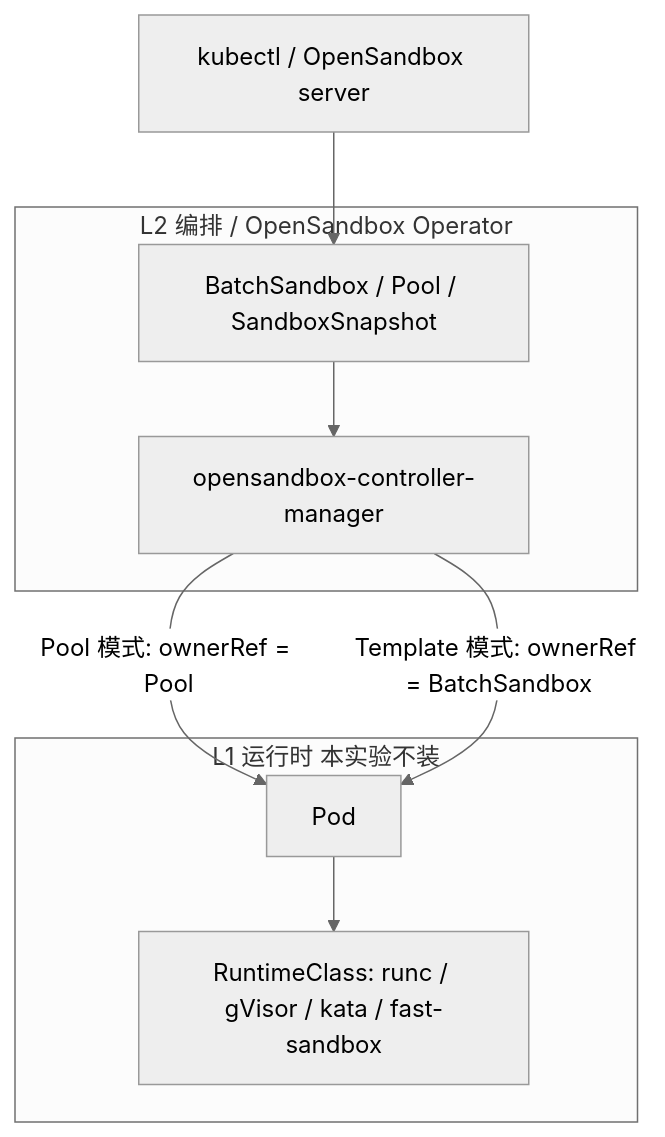
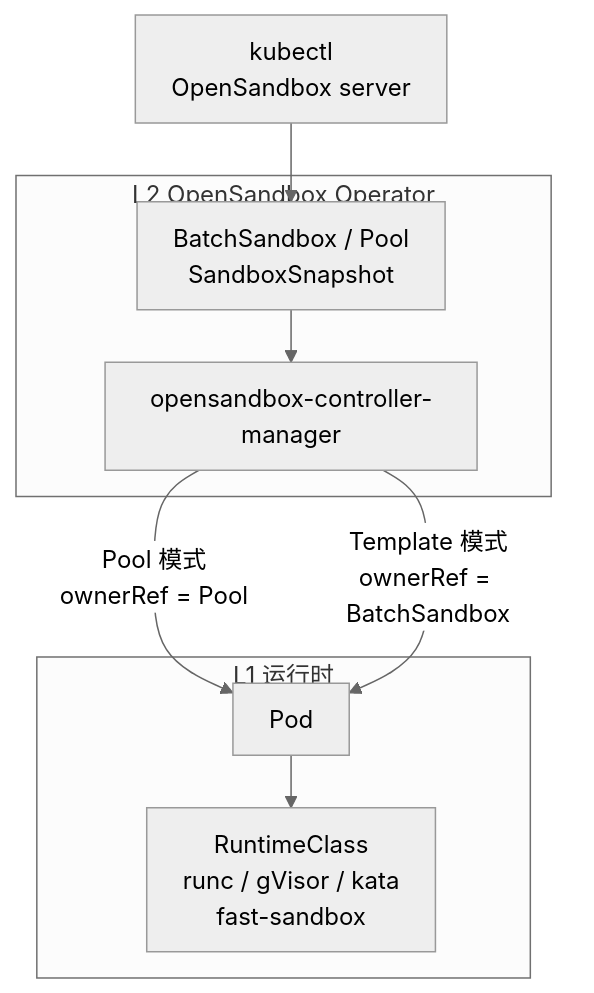
One commit to forrestIsRunning/kind-k8s-learning changed the first of 7 diagrams in docs/opensandbox-operator.md. Above: the diagram before and after it, drawn with Mermaid (neutral theme). The commit also changed other lines of this file and 2 other files, not shown here.

Commit message:
Stop mermaid diagrams from clipping labels and bottoms.

````diff
--- a/docs/opensandbox-operator.md
+++ b/docs/opensandbox-operator.md
@@ -33,18 +33,28 @@
 ```mermaid
+---
+config:
+  flowchart:
+    htmlLabels: true
+    wrappingWidth: 200
+    padding: 12
+    useMaxWidth: false
+    rankSpacing: 35
+    nodeSpacing: 20
+---
 flowchart TB
-  subgraph L2["L2 编排 / OpenSandbox Operator"]
-    CR["BatchSandbox / Pool / SandboxSnapshot"]
+  subgraph L2["L2 OpenSandbox Operator"]
+    CR["BatchSandbox / Pool<br/>SandboxSnapshot"]
     OP["opensandbox-controller-manager"]
     CR --> OP
   end
 
-  subgraph L1["L1 运行时 本实验不装"]
+  subgraph L1["L1 运行时"]
     POD["Pod"]
-    RC["RuntimeClass: runc / gVisor / kata / fast-sandbox"]
+    RC["RuntimeClass<br/>runc / gVisor / kata<br/>fast-sandbox"]
     POD --> RC
   end
 
-  OP -->|"Pool 模式: ownerRef = Pool"| POD
-  OP -->|"Template 模式: ownerRef = BatchSandbox"| POD
-  USER["kubectl / OpenSandbox server"] --> CR
+  OP -->|"Pool 模式<br/>ownerRef = Pool"| POD
+  OP -->|"Template 模式<br/>ownerRef = BatchSandbox"| POD
+  USER["kubectl<br/>OpenSandbox server"] --> CR
 ```
````
